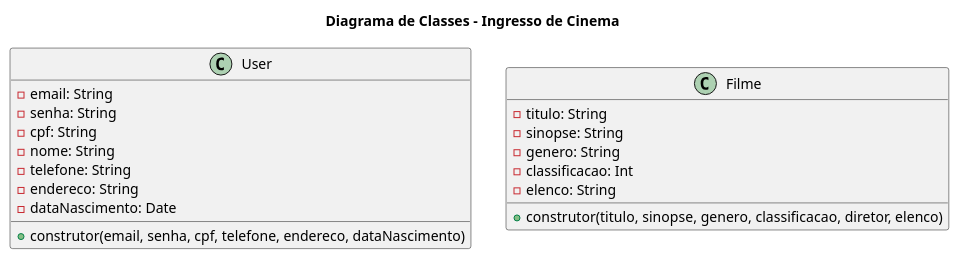
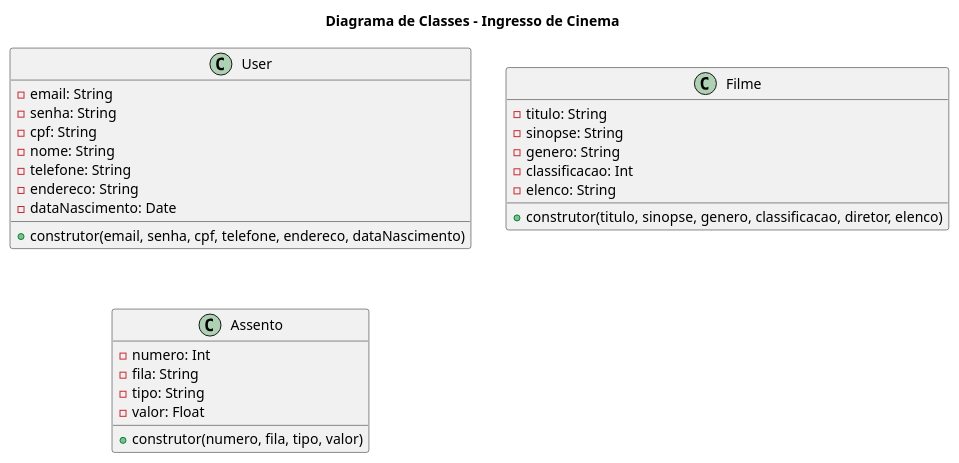
The diagram in N1_POO/diagrama_cinema.plantuml (anleaes/2023-1-N1-POO-02), drawn with PlantUML before and after one commit.

Commit message:
Foi adicionado no arquivo "diagrama_cinema.plantuml", a classe "Assento"

```diff
--- a/N1_POO/diagrama_cinema.plantuml
+++ b/N1_POO/diagrama_cinema.plantuml
@@ -1,27 +1,35 @@
 @startuml Ingresso
 
 title Diagrama de Classes - Ingresso de Cinema
 
 
 class User{
     - email: String
     - senha: String
     - cpf: String
     - nome: String
     - telefone: String
     - endereco: String
     - dataNascimento: Date
     + construtor(email, senha, cpf, telefone, endereco, dataNascimento)
 }
 
 class Filme{
     - titulo: String
     - sinopse: String
     - genero: String
     - classificacao: Int
     - elenco: String
     + construtor(titulo, sinopse, genero, classificacao, diretor, elenco)
 }
 
+class Assento{
+    - numero: Int
+    - fila: String
+    - tipo: String
+    - valor: Float
+    + construtor(numero, fila, tipo, valor)
+}
+
 
 @enduml
```
